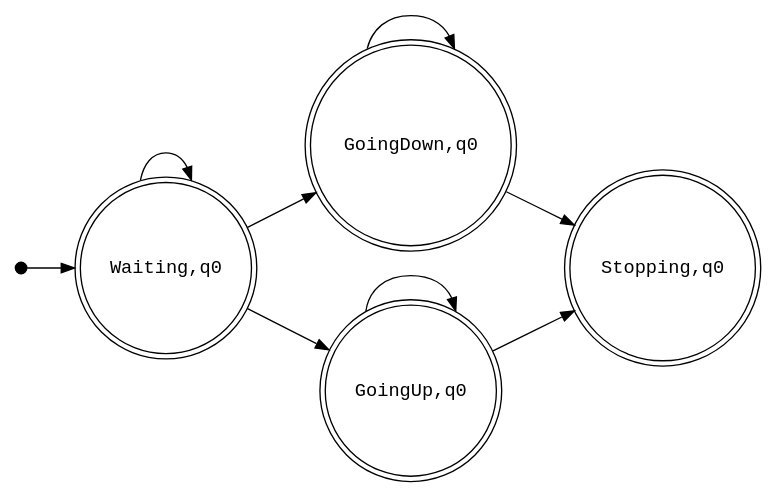
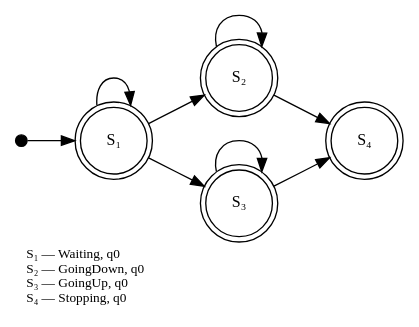
Before and after one commit to Pastor/Takt: the diagram in book/src/17-showcase/images/lift-product.dot, drawn with Graphviz. The commit also changed 14 other files, not shown here.

```diff
--- a/book/src/17-showcase/images/lift-product.dot
+++ b/book/src/17-showcase/images/lift-product.dot
@@ -1,18 +1,23 @@
 digraph Product {
   rankdir=LR;
-  node [shape=circle, fontname="monospace"];
-  edge [fontname="monospace"];
-  p0 [shape=doublecircle, label="Waiting,q0"];
-  p1 [shape=doublecircle, label="GoingDown,q0"];
-  p2 [shape=doublecircle, label="GoingUp,q0"];
-  p3 [shape=doublecircle, label="Stopping,q0"];
+  fontname="GOST 2.304-81";
+  fontsize=10;
+  node [shape=circle, fixedsize=true, width=0.7, height=0.7, fontsize=12, fontname="GOST 2.304-81"];
+  edge [fontname="GOST 2.304-81"];
+  p0 [shape=doublecircle, label="S₁"];
+  p1 [shape=doublecircle, label="S₂"];
+  p2 [shape=doublecircle, label="S₃"];
+  p3 [shape=doublecircle, label="S₄"];
   __start0 [shape=point, width=0.12];
   __start0 -> p0;
   p0 -> p0;
   p0 -> p1;
   p0 -> p2;
   p1 -> p1;
   p1 -> p3;
   p2 -> p2;
   p2 -> p3;
+  label="S₁ — Waiting, q0\lS₂ — GoingDown, q0\lS₃ — GoingUp, q0\lS₄ — Stopping, q0\l";
+  labelloc="b";
+  labeljust="l";
 }
```
